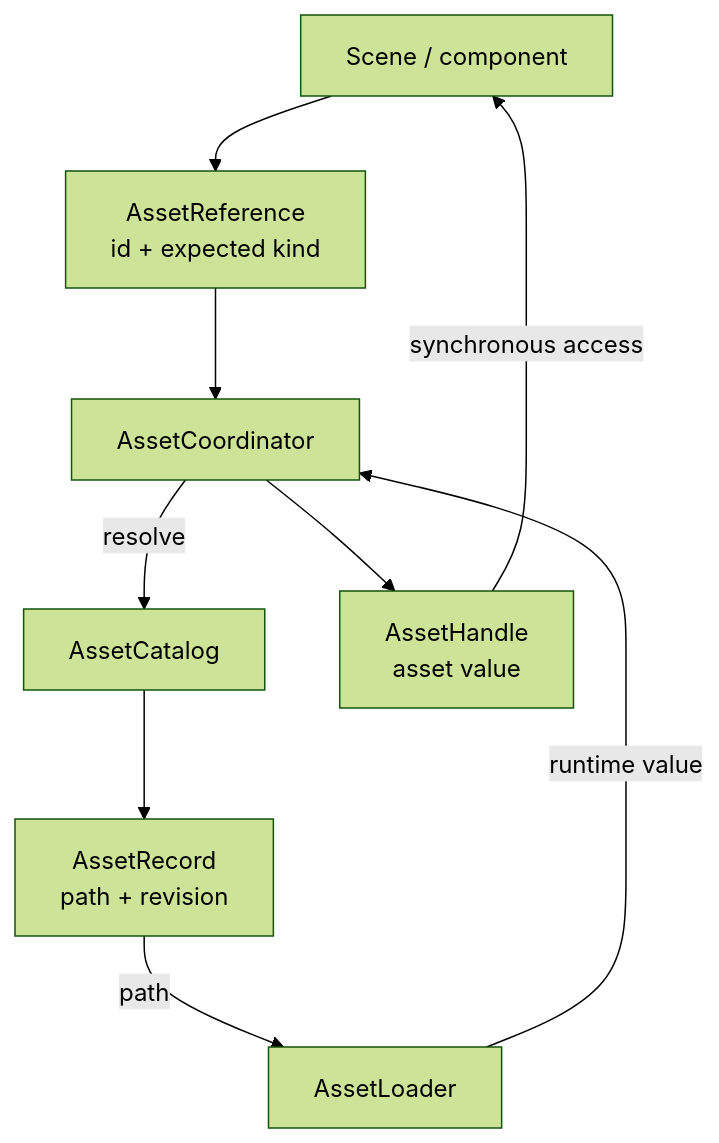
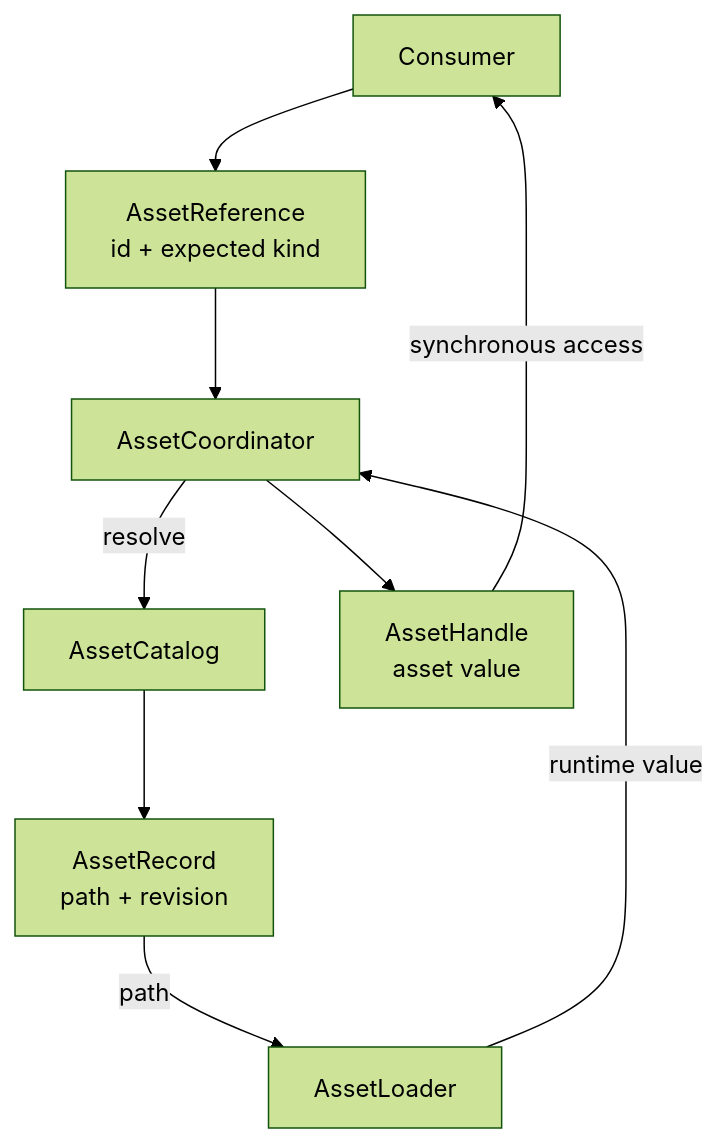
One commit to JollyPixel/editor changed the diagram in packages/asset/README.md. Above: the diagram before and after it, drawn with Mermaid (forest theme). The commit also changed other lines of this file and 6 other files, not shown here.

````diff
--- a/packages/asset/README.md
+++ b/packages/asset/README.md
@@ -22,19 +21,19 @@
 ```mermaid
 flowchart TB
-    Scene["Scene / component"]
+    Consumer["Consumer"]
     Reference["AssetReference<br/>id + expected kind"]
     Coordinator["AssetCoordinator"]
     Catalog["AssetCatalog"]
     Record["AssetRecord<br/>path + revision"]
     Loader["AssetLoader"]
     Handle["AssetHandle<br/>asset value"]
 
-    Scene --> Reference
+    Consumer --> Reference
     Reference --> Coordinator
     Coordinator -->|"resolve"| Catalog
     Catalog --> Record
     Record -->|"path"| Loader
     Loader -->|"runtime value"| Coordinator
     Coordinator --> Handle
-    Handle -->|"synchronous access"| Scene
+    Handle -->|"synchronous access"| Consumer
 ```
````
